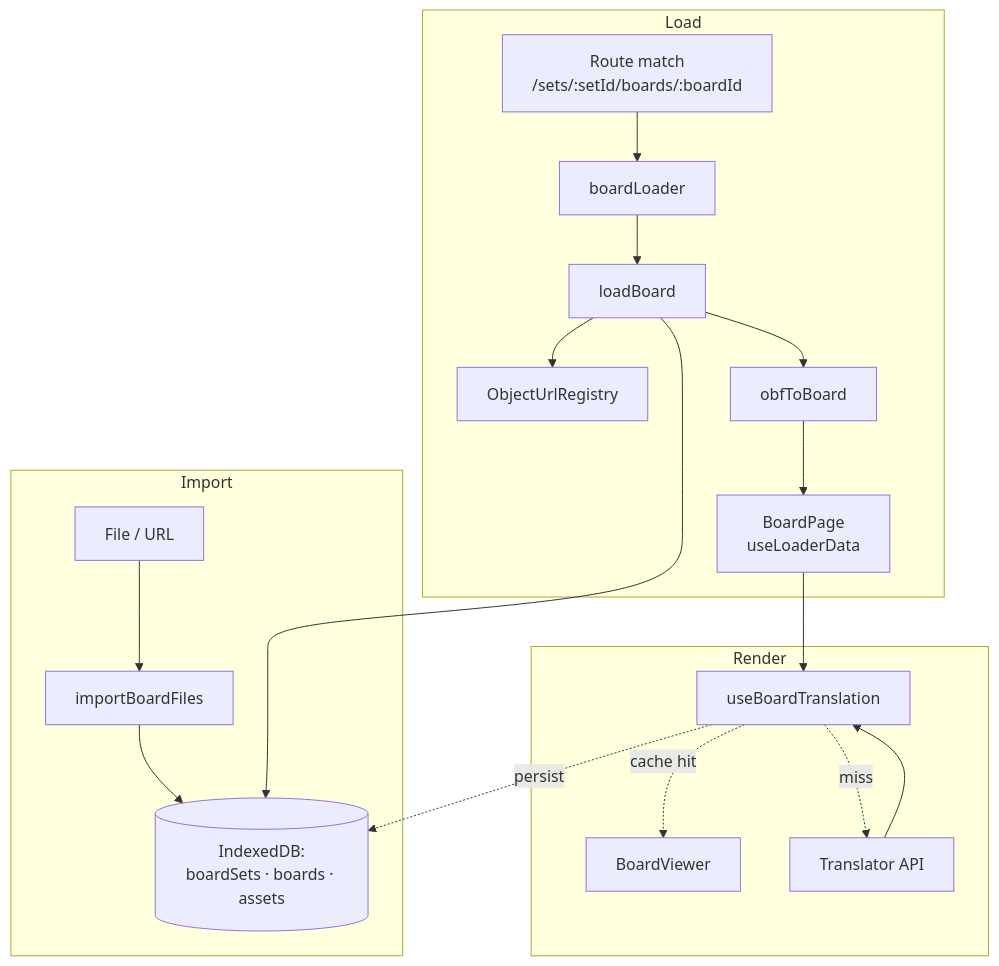
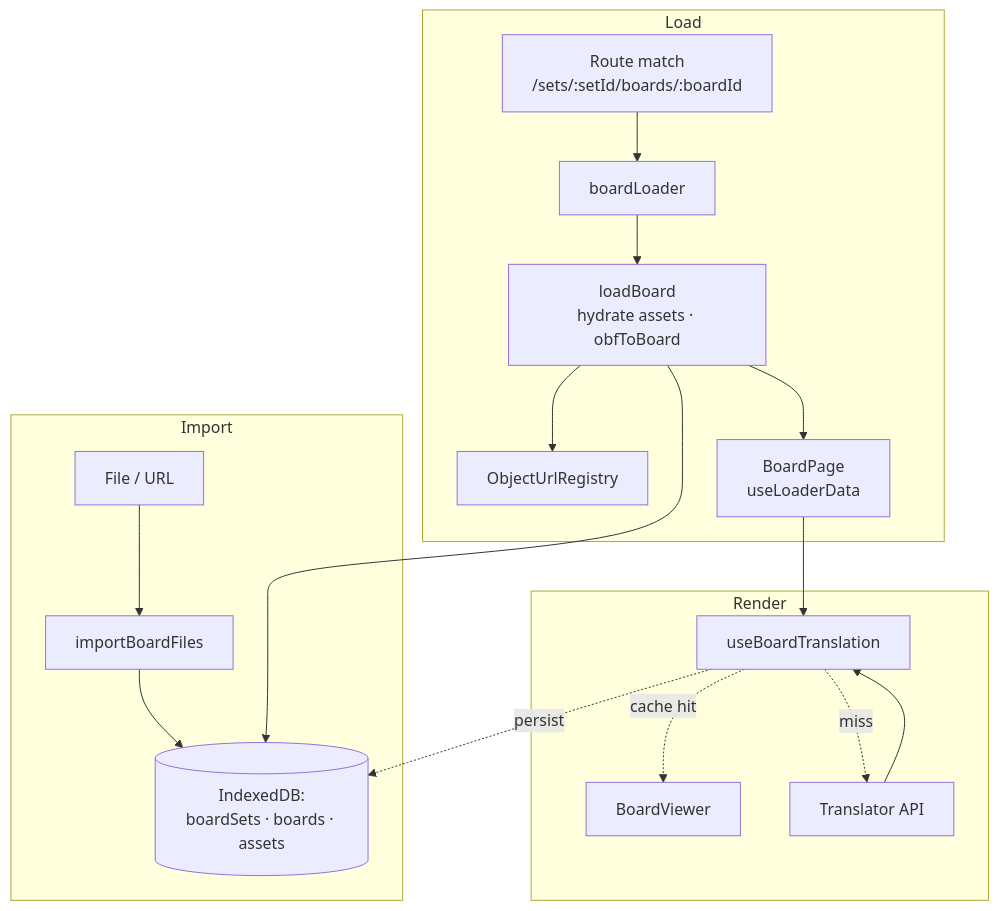
One commit to shayc/aac-board-ai changed the diagram in docs/architecture.md. Above: the diagram before and after it, drawn with Mermaid. The commit also changed other lines of this file, not shown here.

First line of the commit message:
docs: refresh architecture.md to match recent refactors (#336)

````diff
--- a/docs/architecture.md
+++ b/docs/architecture.md
@@ -61,24 +63,23 @@
 ```mermaid
 flowchart TD
   subgraph Import
     A[File / URL] --> B[importBoardFiles]
     B --> C[(IndexedDB:<br/>boardSets · boards · assets)]
   end
 
   subgraph Load
     R[Route match<br/>/sets/:setId/boards/:boardId] --> L[boardLoader]
-    L --> Q[loadBoard]
+    L --> Q[loadBoard<br/>hydrate assets · obfToBoard]
     Q --> C
     Q --> O[ObjectUrlRegistry]
-    Q --> M[obfToBoard]
-    M --> P[BoardPage<br/>useLoaderData]
+    Q --> P[BoardPage<br/>useLoaderData]
   end
 
   subgraph Render
     P --> T[useBoardTranslation]
     T -. cache hit .-> V[BoardViewer]
     T -. miss .-> X[Translator API]
     X --> T
     T -. persist .-> C
   end
 ```
````
